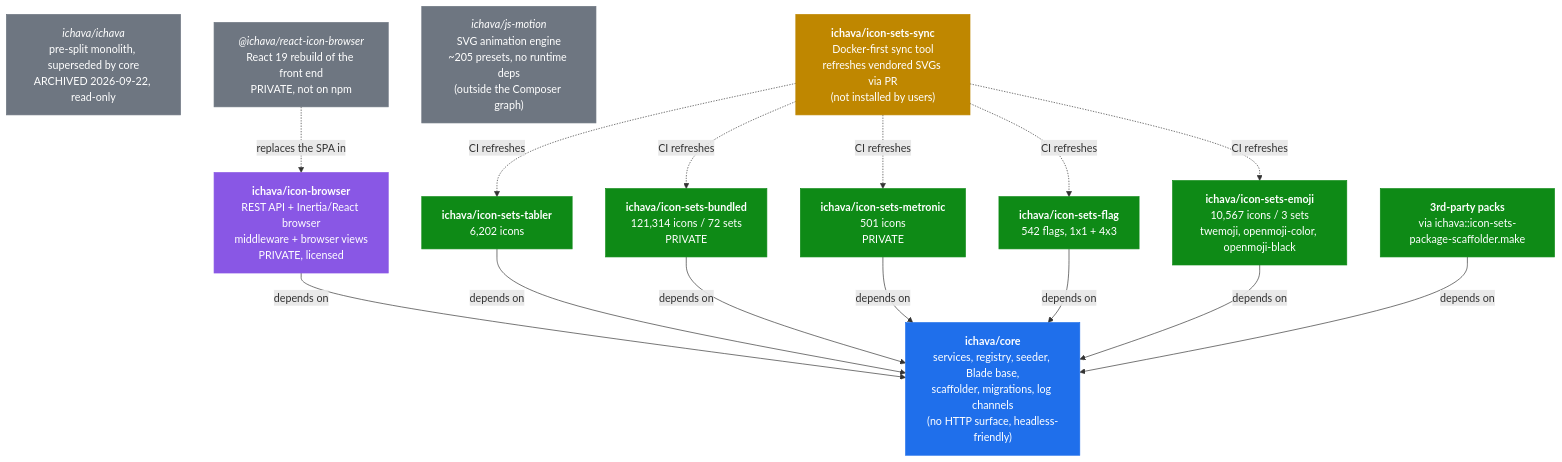
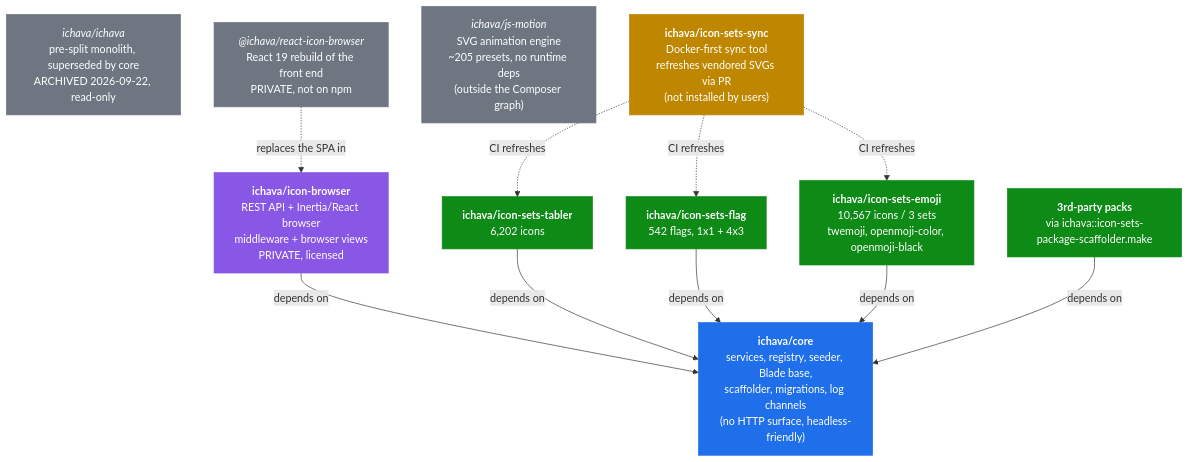
One commit to ichava/core changed the first of 3 diagrams in docs/architecture.md. Above: the diagram before and after it, drawn with Mermaid. The commit also changed other lines of this file and 9 other files, not shown here.

````diff
--- a/docs/architecture.md
+++ b/docs/architecture.md
@@ -27,40 +27,34 @@
 ```mermaid
 flowchart TB
     core["<b>ichava/core</b><br/>services, registry, seeder, Blade base,<br/>scaffolder, migrations, log channels<br/>(no HTTP surface, headless-friendly)"]
     browser["<b>ichava/icon-browser</b><br/>REST API + Inertia/React browser<br/>middleware + browser views<br/>PRIVATE, licensed"]
     tabler["<b>ichava/icon-sets-tabler</b><br/>6,202 icons"]
-    bundled["<b>ichava/icon-sets-bundled</b><br/>121,314 icons / 72 sets<br/>PRIVATE"]
-    metronic["<b>ichava/icon-sets-metronic</b><br/>501 icons<br/>PRIVATE"]
     flag["<b>ichava/icon-sets-flag</b><br/>542 flags, 1x1 + 4x3"]
     emoji["<b>ichava/icon-sets-emoji</b><br/>10,567 icons / 3 sets<br/>twemoji, openmoji-color, openmoji-black"]
     third["<b>3rd-party packs</b><br/>via ichava::icon-sets-package-scaffolder.make"]
     meta["<i>ichava/ichava</i><br/>pre-split monolith, superseded by core<br/>ARCHIVED 2026-09-22, read-only"]
     toolkit["<b>ichava/icon-sets-sync</b><br/>Docker-first sync tool<br/>refreshes vendored SVGs via PR<br/>(not installed by users)"]
     motion["<i>ichava/js-motion</i><br/>SVG animation engine<br/>~205 presets, no runtime deps<br/>(outside the Composer graph)"]
     react["<i>@ichava/react-icon-browser</i><br/>React 19 rebuild of the front end<br/>PRIVATE, not on npm"]
 
     browser -- depends on --> core
     tabler -- depends on --> core
-    bundled -- depends on --> core
-    metronic -- depends on --> core
     flag -- depends on --> core
     emoji -- depends on --> core
     third -- depends on --> core
     toolkit -. CI refreshes .-> tabler
-    toolkit -. CI refreshes .-> bundled
-    toolkit -. CI refreshes .-> metronic
     toolkit -. CI refreshes .-> flag
     toolkit -. CI refreshes .-> emoji
     react -. replaces the SPA in .-> browser
 
     classDef engine fill:#1f6feb,stroke:#1f6feb,color:#fff
     classDef http fill:#8957e5,stroke:#8957e5,color:#fff
     classDef pack fill:#0e8a16,stroke:#0e8a16,color:#fff
     classDef other fill:#6e7681,stroke:#6e7681,color:#fff
     classDef tooling fill:#bf8700,stroke:#bf8700,color:#fff
     class core engine
     class browser http
-    class tabler,bundled,metronic,flag,emoji,third pack
+    class tabler,flag,emoji,third pack
     class meta,motion,react other
     class toolkit tooling
 ```
````
